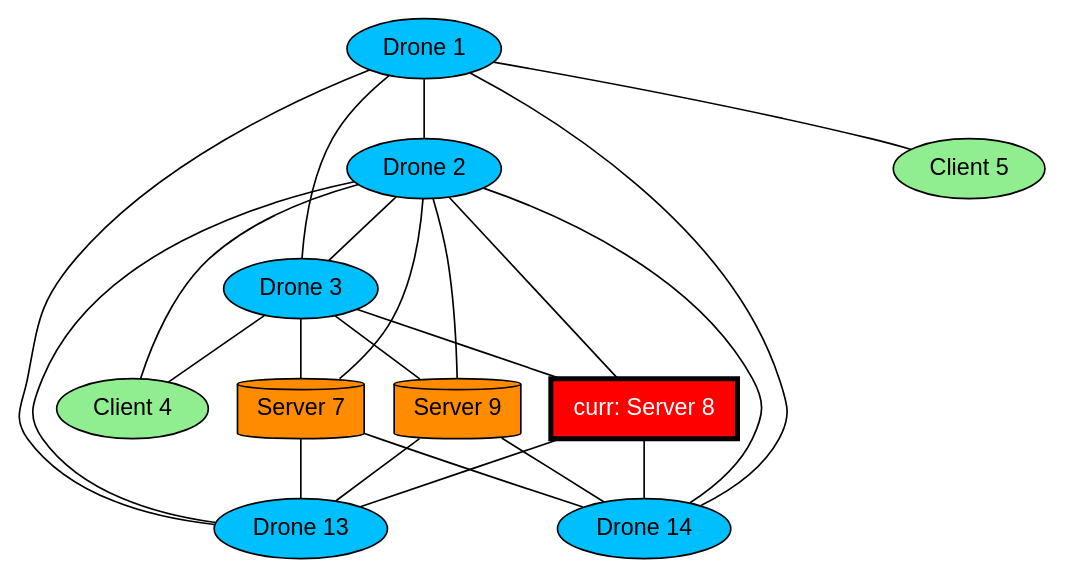
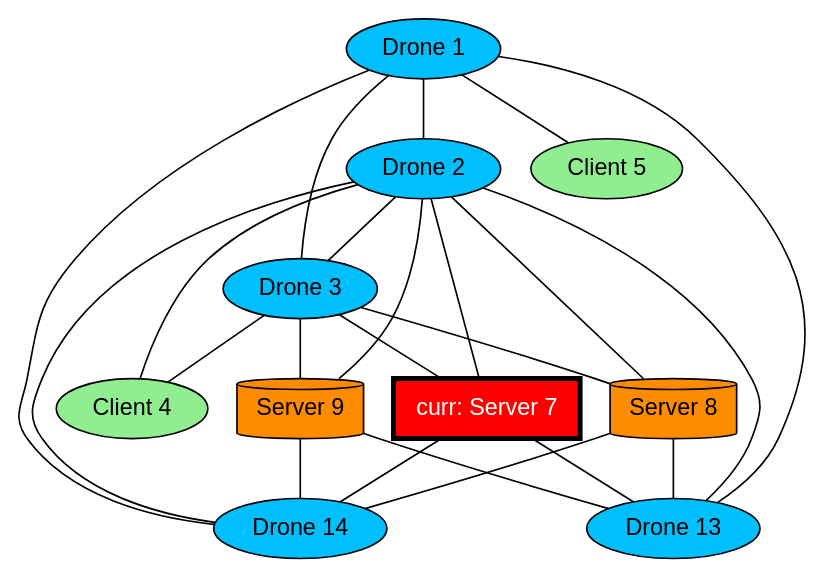
One commit to Beto-prog/Lab_progAvanzata changed the diagram in codice/network_init/grafo.dot. Above: the diagram before and after it, drawn with Graphviz. The commit also changed 3 other files, not shown here.

```diff
--- a/codice/network_init/grafo.dot
+++ b/codice/network_init/grafo.dot
@@ -1,35 +1,35 @@
 graph G {
     node [fontname=Helvetica];
+    3 [label="Drone 3", fillcolor=deepskyblue, shape=ellipse, style=filled, penwidth=1, fontcolor=black];
+    9 [label="Server 9", fillcolor=darkorange, shape=cylinder, style=filled, penwidth=1, fontcolor=black];
+    5 [label="Client 5", fillcolor=lightgreen, shape=oval, style=filled, penwidth=1, fontcolor=black];
+    1 [label="Drone 1", fillcolor=deepskyblue, shape=ellipse, style=filled, penwidth=1, fontcolor=black];
+    4 [label="Client 4", fillcolor=lightgreen, shape=oval, style=filled, penwidth=1, fontcolor=black];
+    7 [label="curr: Server 7", fillcolor=red, shape=box, style=filled, penwidth=3, fontcolor=white];
+    14 [label="Drone 14", fillcolor=deepskyblue, shape=ellipse, style=filled, penwidth=1, fontcolor=black];
+    13 [label="Drone 13", fillcolor=deepskyblue, shape=ellipse, style=filled, penwidth=1, fontcolor=black];
+    8 [label="Server 8", fillcolor=darkorange, shape=cylinder, style=filled, penwidth=1, fontcolor=black];
     2 [label="Drone 2", fillcolor=deepskyblue, shape=ellipse, style=filled, penwidth=1, fontcolor=black];
-    5 [label="Client 5", fillcolor=lightgreen, shape=oval, style=filled, penwidth=1, fontcolor=black];
-    9 [label="Server 9", fillcolor=darkorange, shape=cylinder, style=filled, penwidth=1, fontcolor=black];
-    4 [label="Client 4", fillcolor=lightgreen, shape=oval, style=filled, penwidth=1, fontcolor=black];
-    13 [label="Drone 13", fillcolor=deepskyblue, shape=ellipse, style=filled, penwidth=1, fontcolor=black];
-    8 [label="curr: Server 8", fillcolor=red, shape=box, style=filled, penwidth=3, fontcolor=white];
-    1 [label="Drone 1", fillcolor=deepskyblue, shape=ellipse, style=filled, penwidth=1, fontcolor=black];
-    7 [label="Server 7", fillcolor=darkorange, shape=cylinder, style=filled, penwidth=1, fontcolor=black];
-    14 [label="Drone 14", fillcolor=deepskyblue, shape=ellipse, style=filled, penwidth=1, fontcolor=black];
-    3 [label="Drone 3", fillcolor=deepskyblue, shape=ellipse, style=filled, penwidth=1, fontcolor=black];
-    2 -- 9;
-    2 -- 8;
-    2 -- 4;
-    2 -- 13;
-    2 -- 7;
+    1 -- 3;
+    3 -- 7;
+    3 -- 8;
+    3 -- 4;
     2 -- 3;
-    1 -- 2;
-    2 -- 14;
-    1 -- 5;
-    9 -- 13;
     3 -- 9;
     9 -- 14;
-    3 -- 4;
+    9 -- 13;
+    2 -- 9;
+    1 -- 5;
     1 -- 13;
+    1 -- 14;
+    1 -- 2;
+    2 -- 4;
+    7 -- 13;
+    7 -- 14;
+    2 -- 7;
+    2 -- 14;
+    8 -- 14;
     8 -- 13;
-    7 -- 13;
-    8 -- 14;
-    3 -- 8;
-    1 -- 3;
-    1 -- 14;
-    7 -- 14;
-    3 -- 7;
+    2 -- 13;
+    2 -- 8;
 }
```
